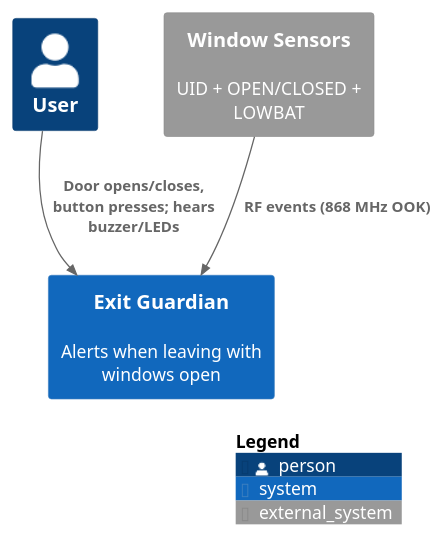
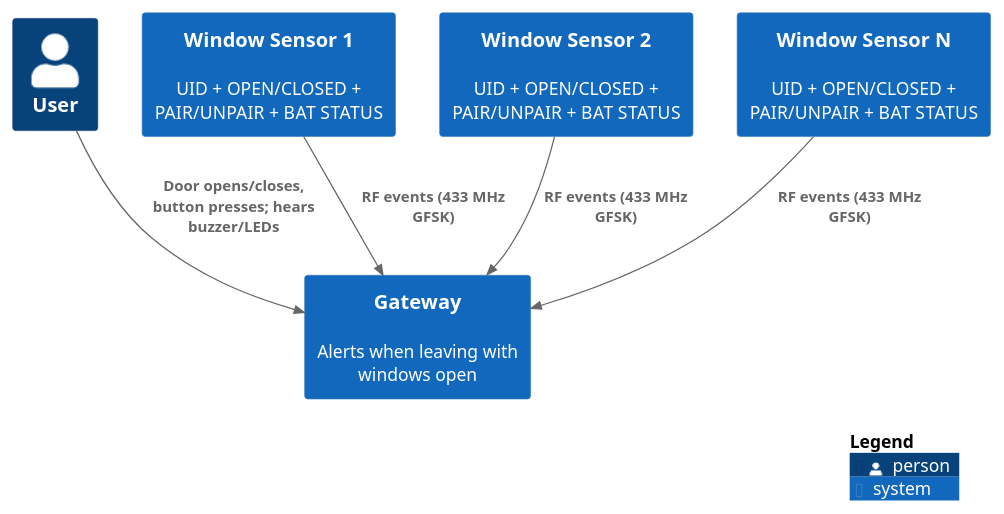
One commit to npeixoto64/ExitGuardian changed the diagram in docs/architecture/diagrams/context.puml. Above: the diagram before and after it, drawn with PlantUML. The commit also changed 15 other files, not shown here.

Commit message:
EG-37 Update of architecture , system context, window sensor and gateway HW block diagrams.

```diff
--- a/docs/architecture/diagrams/context.puml
+++ b/docs/architecture/diagrams/context.puml
@@ -1,16 +1,20 @@
 @startuml Context
 ' Exit Guardian - Context (C4 Level 1)
 !include <C4/C4_Container>
 
 
 Person(user, "User")
-System(exitg, "Exit Guardian", "Alerts when leaving with windows open")
-System_Ext(sensors, "Window Sensors", "UID + OPEN/CLOSED + LOWBAT")
+System(exitg, "Gateway", "Alerts when leaving with windows open")
+System(sensor1, "Window Sensor 1", "UID + OPEN/CLOSED + PAIR/UNPAIR + BAT STATUS")
+System(sensor2, "Window Sensor 2", "UID + OPEN/CLOSED + PAIR/UNPAIR + BAT STATUS")
+System(sensorN, "Window Sensor N", "UID + OPEN/CLOSED + PAIR/UNPAIR + BAT STATUS")
 
 
 Rel(user, exitg, "Door opens/closes, button presses; hears buzzer/LEDs")
-Rel(sensors, exitg, "RF events (868 MHz OOK)")
+Rel(sensor1, exitg, "RF events (433 MHz GFSK)")
+Rel(sensor2, exitg, "RF events (433 MHz GFSK)")
+Rel(sensorN, exitg, "RF events (433 MHz GFSK)")
 
 
 SHOW_LEGEND()
 @enduml
```
